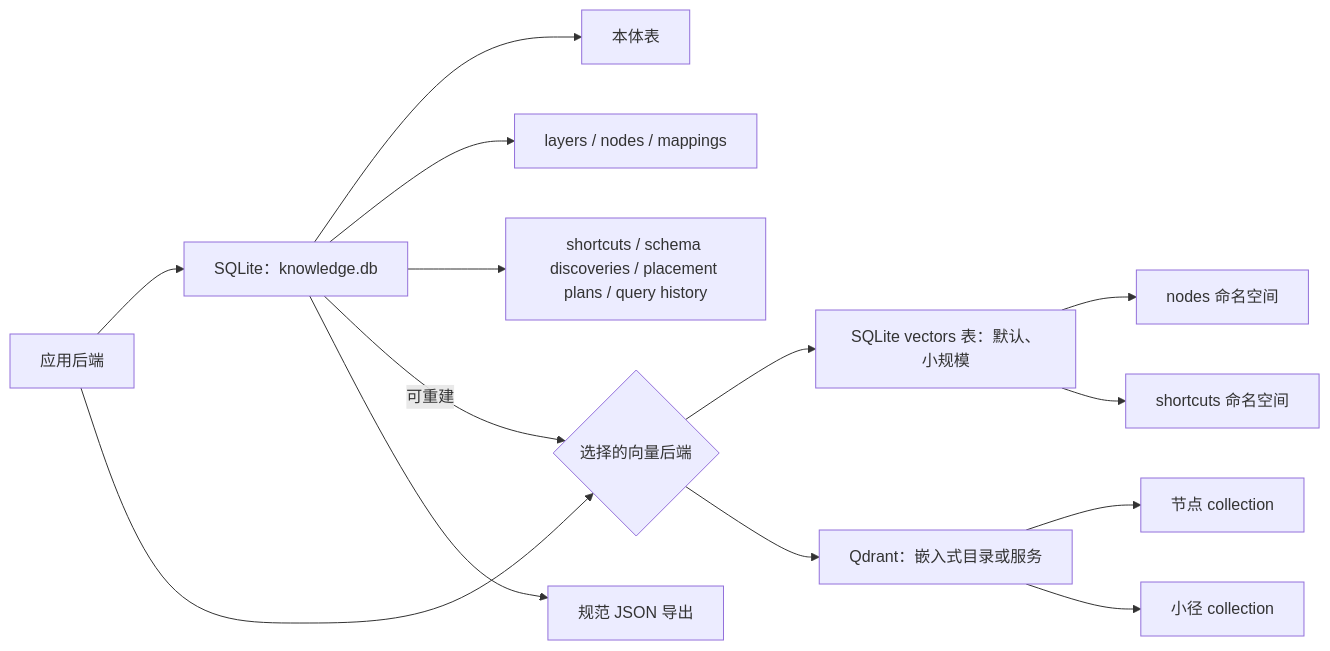
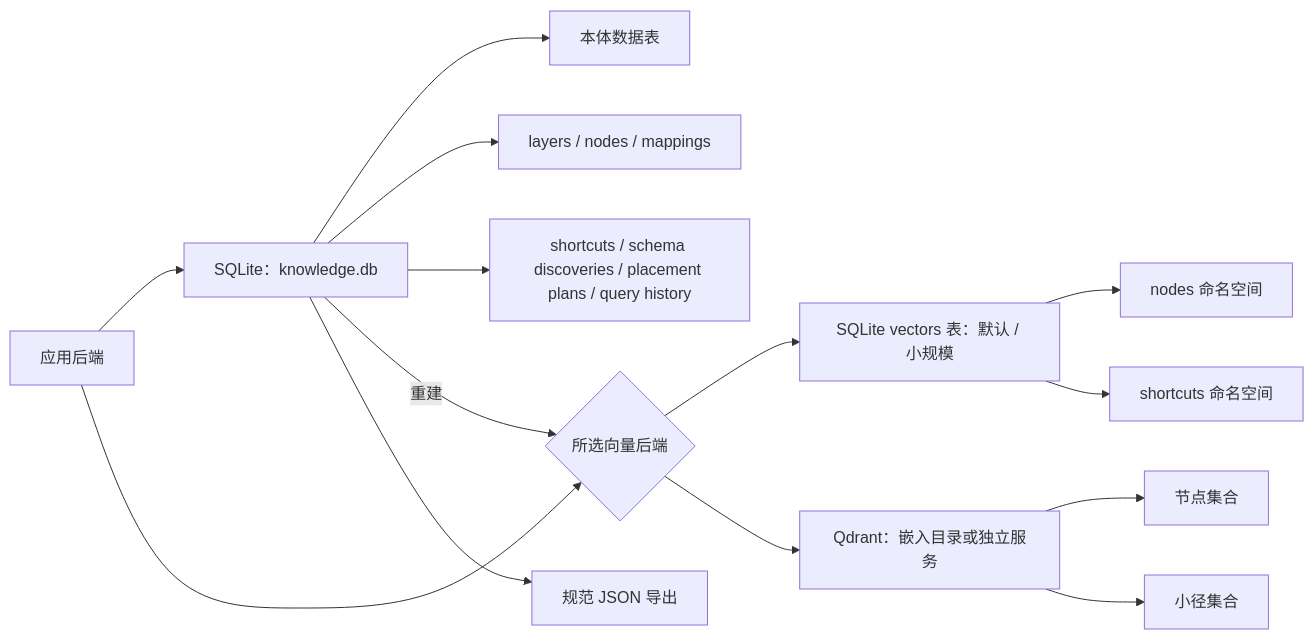
Before and after one commit to rsb0328/an-essay-concerning-llm-understanding: the second of 3 diagrams in README.zh-CN.md, drawn with Mermaid. The commit also changed other lines of this file, not shown here.

````diff
--- a/README.zh-CN.md
+++ b/README.zh-CN.md
@@ -137,18 +207,18 @@
 ```mermaid
 flowchart LR
     APP["应用后端"] --> DB["SQLite：knowledge.db"]
-    DB --> T1["本体表"]
+    DB --> T1["本体数据表"]
     DB --> T2["layers / nodes / mappings"]
     DB --> T3["shortcuts / schema discoveries / placement plans / query history"]
 
-    APP --> VS{"选择的向量后端"}
-    VS --> SV["SQLite vectors 表：默认、小规模"]
-    VS --> QD["Qdrant：嵌入式目录或服务"]
+    APP --> VS{"所选向量后端"}
+    VS --> SV["SQLite vectors 表：默认 / 小规模"]
+    VS --> QD["Qdrant：嵌入目录或独立服务"]
     SV --> VN["nodes 命名空间"]
     SV --> VP["shortcuts 命名空间"]
-    QD --> VN2["节点 collection"]
-    QD --> VP2["小径 collection"]
+    QD --> VN2["节点集合"]
+    QD --> VP2["小径集合"]
 
-    DB -->|"可重建"| VS
+    DB -->|"重建"| VS
     DB --> EX["规范 JSON 导出"]
 ```
````
